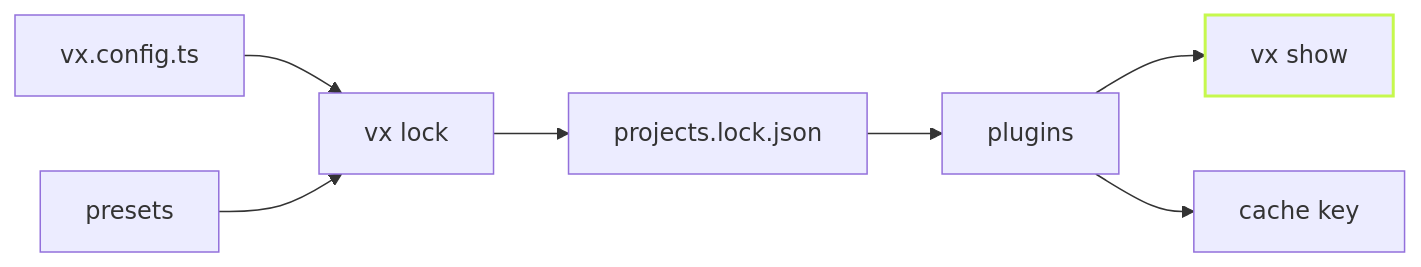
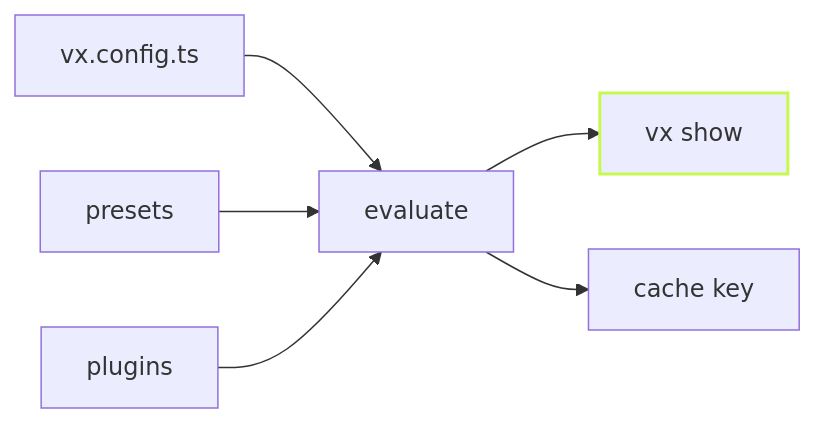
Before and after one commit to vznjs/vx: the diagram in packages/vx-docs/src/content/docs/blog/vx-show.md, drawn with Mermaid. The commit also changed other lines of this file and 34 other files, not shown here.

````diff
--- a/packages/vx-docs/src/content/docs/blog/vx-show.md
+++ b/packages/vx-docs/src/content/docs/blog/vx-show.md
@@ -47,10 +45,9 @@
 ```mermaid
 flowchart LR
-  SRC["vx.config.ts"] --> EVAL["vx lock"]
+  SRC["vx.config.ts"] --> EVAL["evaluate"]
   PRE["presets"] --> EVAL
-  EVAL --> LOCK["projects.lock.json"]
-  LOCK --> PLUG["plugins"]
-  PLUG --> SHOW["vx show"]
-  PLUG --> KEY["cache key"]
+  PLUG["plugins"] --> EVAL
+  EVAL --> SHOW["vx show"]
+  EVAL --> KEY["cache key"]
   style SHOW stroke:#c6f84e,stroke-width:2px
 ```
````
